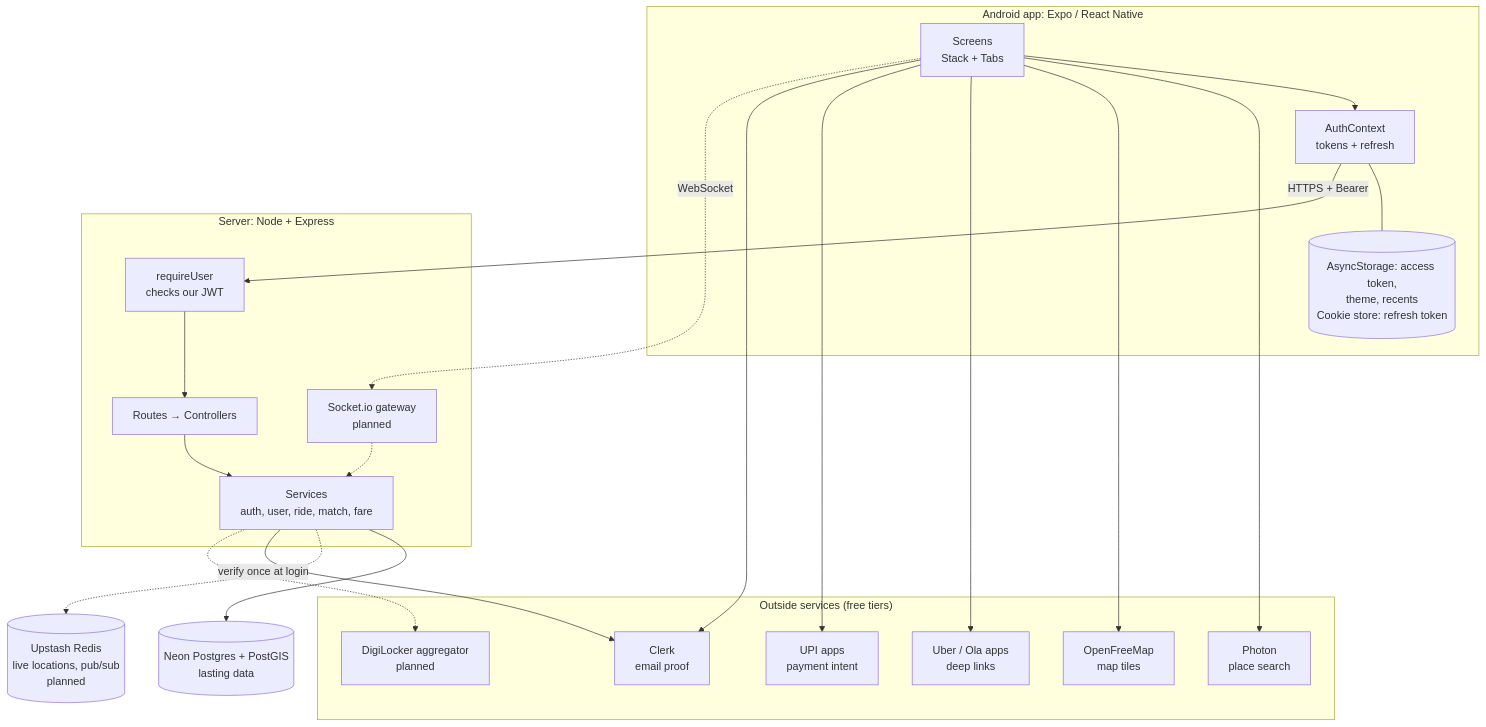
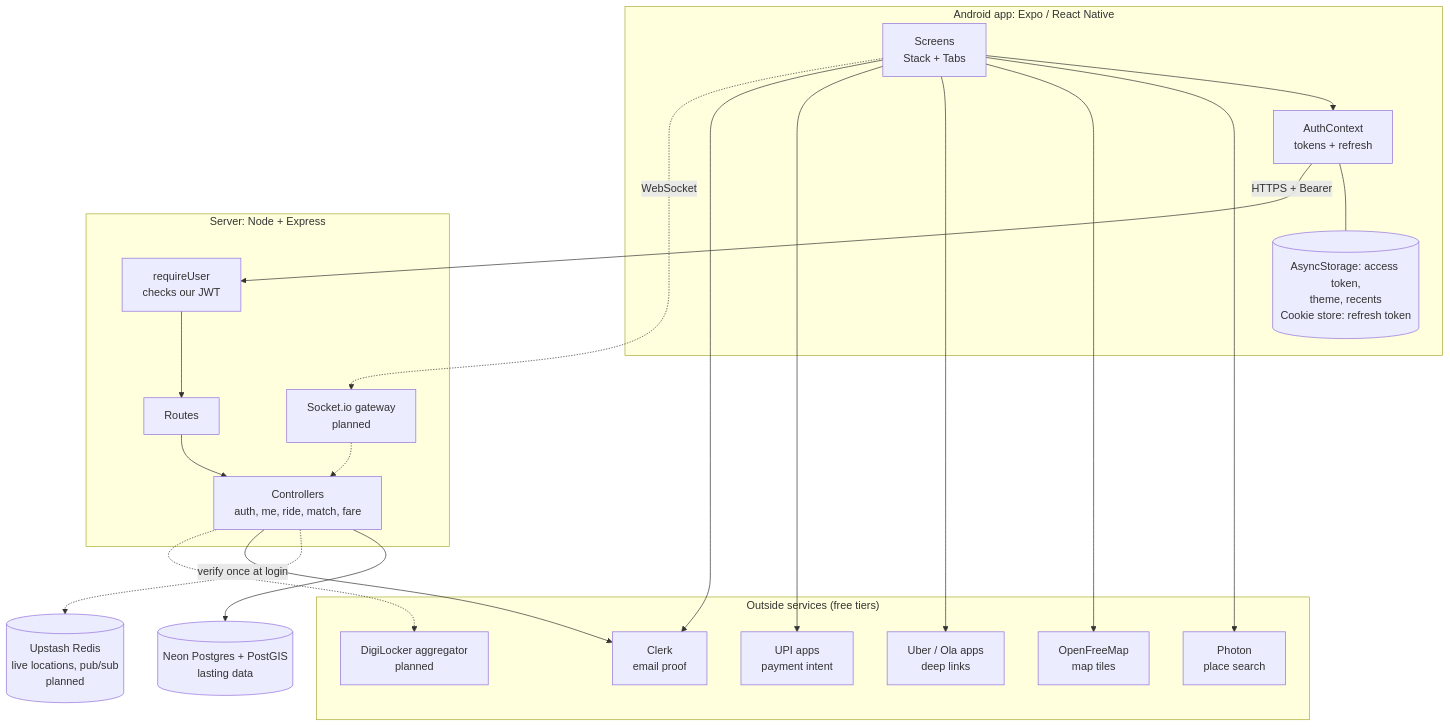
The first of 14 diagrams in README.md (yatinsingh2007/HopShare), drawn with Mermaid before and after one commit. The commit also changed other lines of this file and 5 other files, not shown here.

First line of the commit message:
refactor(server): keep business logic in controllers, drop services

````diff
--- a/README.md
+++ b/README.md
@@ -72,41 +72,41 @@
 ```mermaid
 flowchart TB
     subgraph Phone["Android app: Expo / React Native"]
         Screens[Screens<br/>Stack + Tabs]
         Auth[AuthContext<br/>tokens + refresh]
         Store[(AsyncStorage: access token,<br/>theme, recents<br/>Cookie store: refresh token)]
     end
 
     subgraph Ext["Outside services (free tiers)"]
         Clerk[Clerk<br/>email proof]
         Photon[Photon<br/>place search]
         Tiles[OpenFreeMap<br/>map tiles]
         CabApps[Uber / Ola apps<br/>deep links]
         UPI[UPI apps<br/>payment intent]
         DL[DigiLocker aggregator<br/>planned]
     end
 
     subgraph API["Server: Node + Express"]
         MW[requireUser<br/>checks our JWT]
-        Routes[Routes → Controllers]
-        Services[Services<br/>auth, user, ride, match, fare]
+        Routes[Routes]
+        Services[Controllers<br/>auth, me, ride, match, fare]
         Sock[Socket.io gateway<br/>planned]
     end
 
     PG[(Neon Postgres + PostGIS<br/>lasting data)]
     Redis[(Upstash Redis<br/>live locations, pub/sub<br/>planned)]
 
     Screens --> Auth
     Auth --- Store
     Screens --> Photon
     Screens --> Tiles
     Screens --> CabApps
     Screens --> UPI
     Screens --> Clerk
     Auth -- HTTPS + Bearer --> MW --> Routes --> Services
     Screens -. WebSocket .-> Sock -.-> Services
     Services --> PG
     Services -.-> Redis
     Services -- verify once at login --> Clerk
     Services -.-> DL
 ```
````
